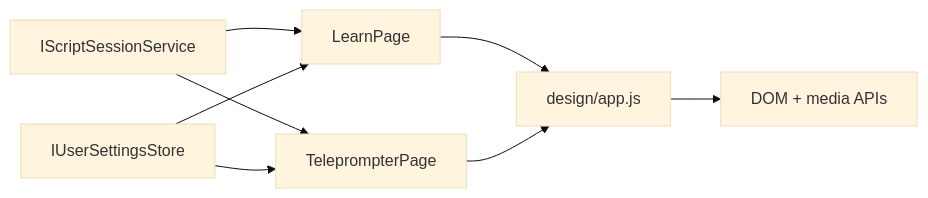
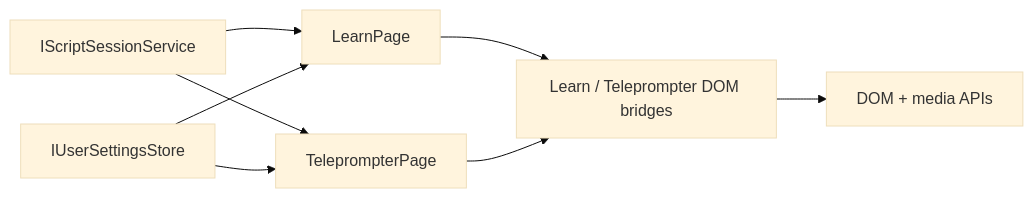
One commit to managedcode/PrompterLive changed the diagram in docs/Features/ReaderRuntime.md. Above: the diagram before and after it, drawn with Mermaid (base theme). The commit also changed other lines of this file and 37 other files, not shown here.

````diff
--- a/docs/Features/ReaderRuntime.md
+++ b/docs/Features/ReaderRuntime.md
@@ -22,17 +23,17 @@
 ```mermaid
 flowchart LR
     Session["IScriptSessionService"]
     UserSettings["IUserSettingsStore"]
     Learn["LearnPage"]
     Reader["TeleprompterPage"]
-    Js["design/app.js"]
+    Js["Learn / Teleprompter DOM bridges"]
     Browser["DOM + media APIs"]
 
     Session --> Learn
     Session --> Reader
     UserSettings --> Learn
     UserSettings --> Reader
     Learn --> Js
     Reader --> Js
     Js --> Browser
 ```
````
